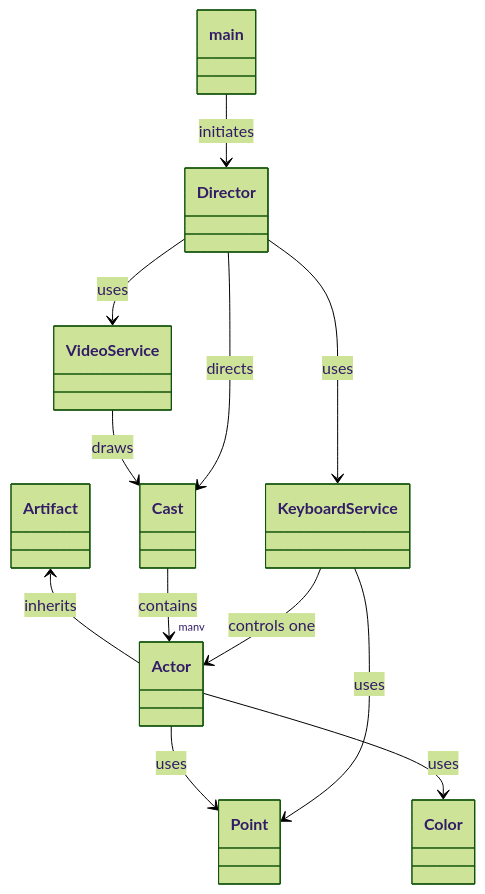
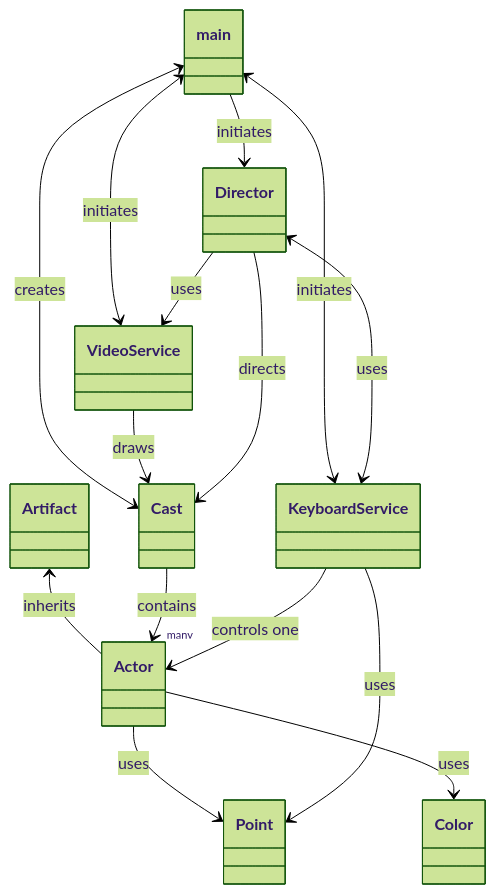
One commit to sowbyspencer/cse210-04 changed the diagram in greed/README.md. Above: the diagram before and after it, drawn with Mermaid (forest theme).

Commit message:
Last Doc

````diff
--- a/greed/README.md
+++ b/greed/README.md
@@ -31,41 +31,44 @@
 ```mermaid
 classDiagram
   class __main__{
 
   }
   __main__ --> Director : initiates
   class Actor{
     
   }
+  __main__ <--> VideoService : initiates
+  __main__ <--> KeyboardService : initiates
+  __main__ <--> Cast : creates
   Actor --> Color : uses
   Actor --> Point : uses
   class Artifact{
     
   }
   Artifact <-- Actor : inherits
   class Cast{
     
   }
   Cast --> "many" Actor : contains
   class Color{
 
   }
   class Point{
     
   }
   class KeyboardService{
     
   }
   KeyboardService --> Point : uses
   KeyboardService --> Actor : controls one
   class VideoService{
     
   }
   VideoService --> Cast : draws
   class Director{
     
   }
-  Director --> KeyboardService : uses
+  Director <--> KeyboardService : uses
   Director --> VideoService : uses
   Director --> Cast : directs
 ```
````
